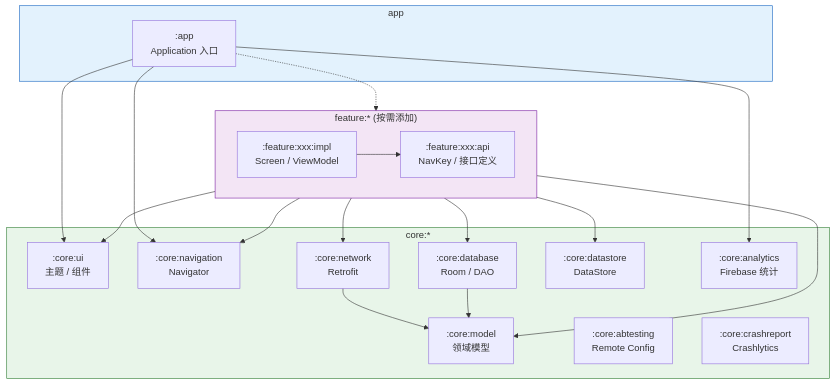
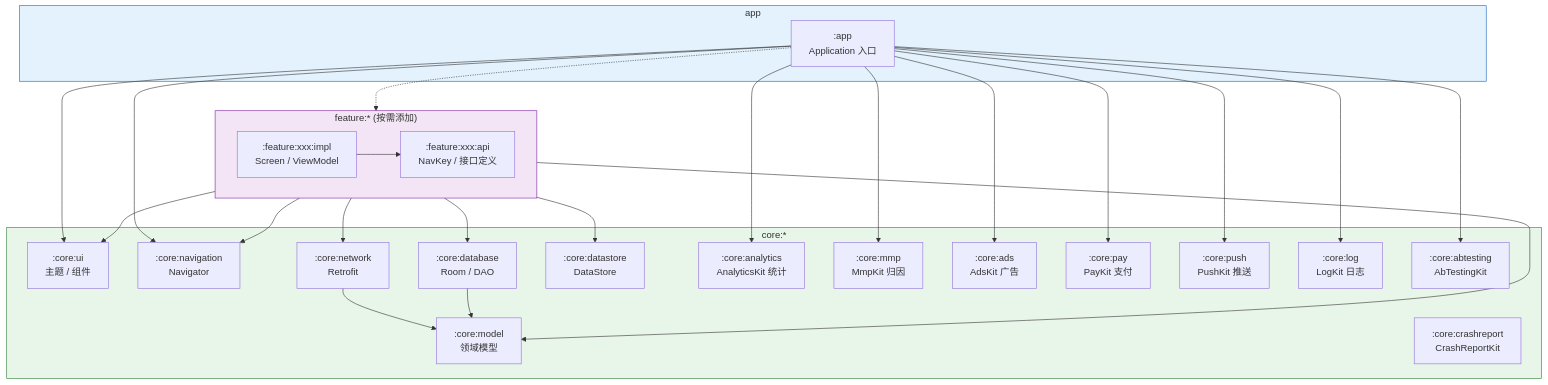
Before and after one commit to e-hai/Architecture: the diagram in AGENTS.md, drawn with Mermaid. The commit also changed other lines of this file and 63 other files, not shown here.

First line of the commit message:
feat(core): 接入 Analytics/AbTesting/CrashReport/Mmp/Ads/Pay/Push/Log Kit

````diff
--- a/AGENTS.md
+++ b/AGENTS.md
@@ -13,42 +13,53 @@
 ```mermaid
 flowchart TD
     subgraph App["app"]
         app[":app<br/>Application 入口"]
     end
 
     subgraph Feature["feature:* (按需添加)"]
         direction LR
         feat_api[":feature:xxx:api<br/>NavKey / 接口定义"]
         feat_impl[":feature:xxx:impl<br/>Screen / ViewModel"]
         feat_impl --> feat_api
     end
 
     subgraph Core["core:*"]
         core_ui[":core:ui<br/>主题 / 组件"]
         core_nav[":core:navigation<br/>Navigator"]
         core_database[":core:database<br/>Room / DAO"]
         core_network[":core:network<br/>Retrofit"]
         core_datastore[":core:datastore<br/>DataStore"]
         core_model[":core:model<br/>领域模型"]
-        core_analytics[":core:analytics<br/>Firebase 统计"]
-        core_abtesting[":core:abtesting<br/>Remote Config"]
-        core_crashreport[":core:crashreport<br/>Crashlytics"]
+        core_analytics[":core:analytics<br/>AnalyticsKit 统计"]
+        core_mmp[":core:mmp<br/>MmpKit 归因"]
+        core_ads[":core:ads<br/>AdsKit 广告"]
+        core_pay[":core:pay<br/>PayKit 支付"]
+        core_push[":core:push<br/>PushKit 推送"]
+        core_log[":core:log<br/>LogKit 日志"]
+        core_abtesting[":core:abtesting<br/>AbTestingKit"]
+        core_crashreport[":core:crashreport<br/>CrashReportKit"]
     end
 
     app -.-> feat_impl
     app --> core_nav
     app --> core_ui
     app --> core_analytics
+    app --> core_mmp
+    app --> core_ads
+    app --> core_pay
+    app --> core_push
+    app --> core_log
+    app --> core_abtesting
     feat_impl --> core_database
     feat_impl --> core_network
     feat_impl --> core_datastore
     feat_impl --> core_model
     feat_impl --> core_ui
     feat_impl --> core_nav
     core_network --> core_model
     core_database --> core_model
 
     style App fill:#e3f2fd,stroke:#1565c0
     style Feature fill:#f3e5f5,stroke:#7b1fa2
     style Core fill:#e8f5e9,stroke:#2e7d32
 ```
````
